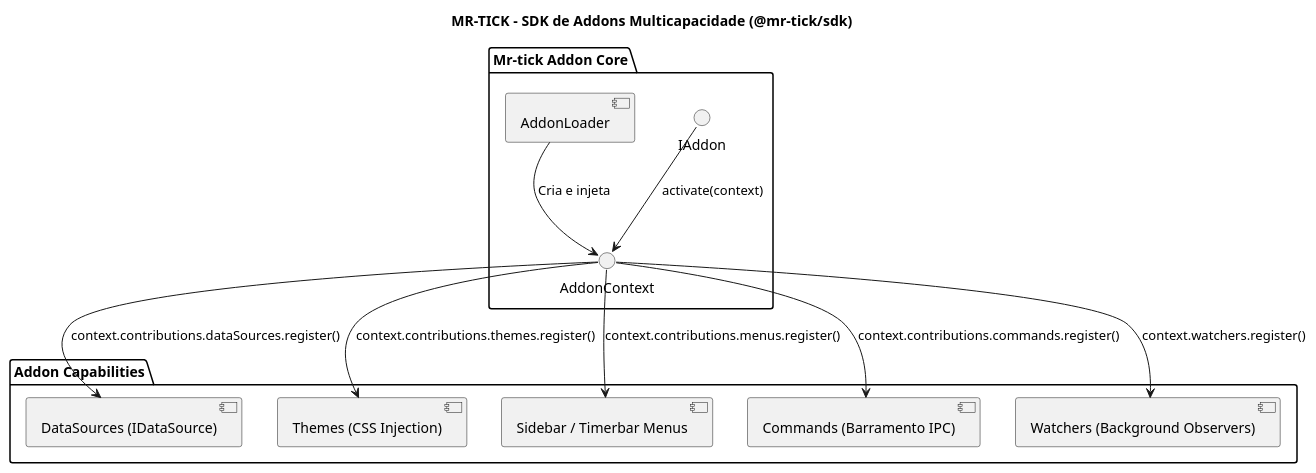
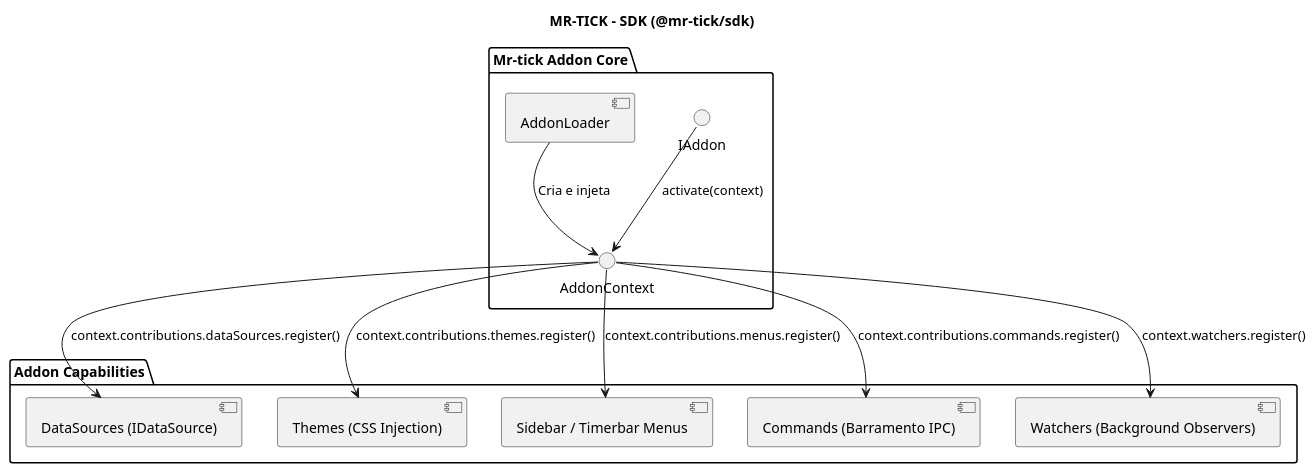
The diagram in docs/srs/diagrams/puml/component/diagram-component-001-custom-extensions.puml (Gustavohps10/mr-tick), drawn with PlantUML before and after one commit. The commit also changed 73 other files, not shown here.

```diff
--- a/docs/srs/diagrams/puml/component/diagram-component-001-custom-extensions.puml
+++ b/docs/srs/diagrams/puml/component/diagram-component-001-custom-extensions.puml
@@ -1,25 +1,25 @@
 @startuml ComponentCustomExtensions
-title MR-TICK - SDK de Addons Multicapacidade (@mr-tick/sdk)
+title MR-TICK - SDK (@mr-tick/sdk)
 
 package "Mr-tick Addon Core" {
     interface "IAddon" as IAddon
     interface "AddonContext" as AddonCtx
     component [AddonLoader] as Loader
 }
 
 package "Addon Capabilities" {
     [DataSources (IDataSource)] as DS
     [Themes (CSS Injection)] as Themes
     [Sidebar / Timerbar Menus] as Menus
     [Commands (Barramento IPC)] as Cmds
     [Watchers (Background Observers)] as Watchers
 }
 
 Loader --> AddonCtx : Cria e injeta
 IAddon --> AddonCtx : activate(context)
 AddonCtx --> DS : context.contributions.dataSources.register()
 AddonCtx --> Themes : context.contributions.themes.register()
 AddonCtx --> Menus : context.contributions.menus.register()
 AddonCtx --> Cmds : context.contributions.commands.register()
 AddonCtx --> Watchers : context.watchers.register()
 @enduml
```
